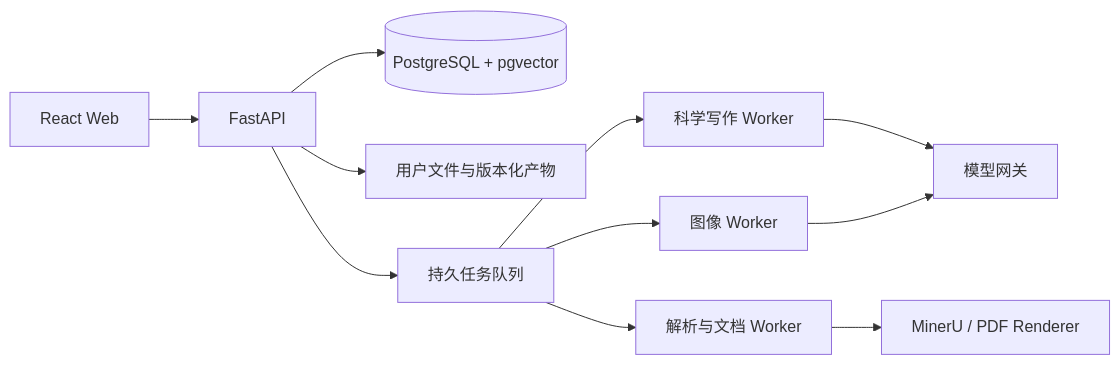
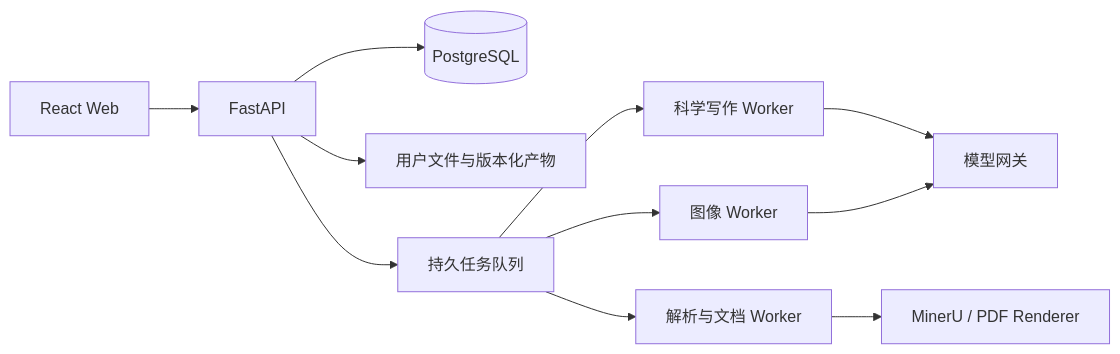
One commit to XuehaiWang/review-writer changed the diagram in README.md. Above: the diagram before and after it, drawn with Mermaid. The commit also changed other lines of this file and 198 other files, not shown here.

````diff
--- a/README.md
+++ b/README.md
@@ -32,13 +32,13 @@
 ```mermaid
 flowchart LR
     B[React Web] --> A[FastAPI]
-    A --> DB[(PostgreSQL + pgvector)]
+    A --> DB[(PostgreSQL)]
     A --> FS[用户文件与版本化产物]
     A --> Q[持久任务队列]
     Q --> SW[科学写作 Worker]
     Q --> DW[解析与文档 Worker]
     Q --> IW[图像 Worker]
     SW --> G[模型网关]
     DW --> M[MinerU / PDF Renderer]
     IW --> G
 ```
````
